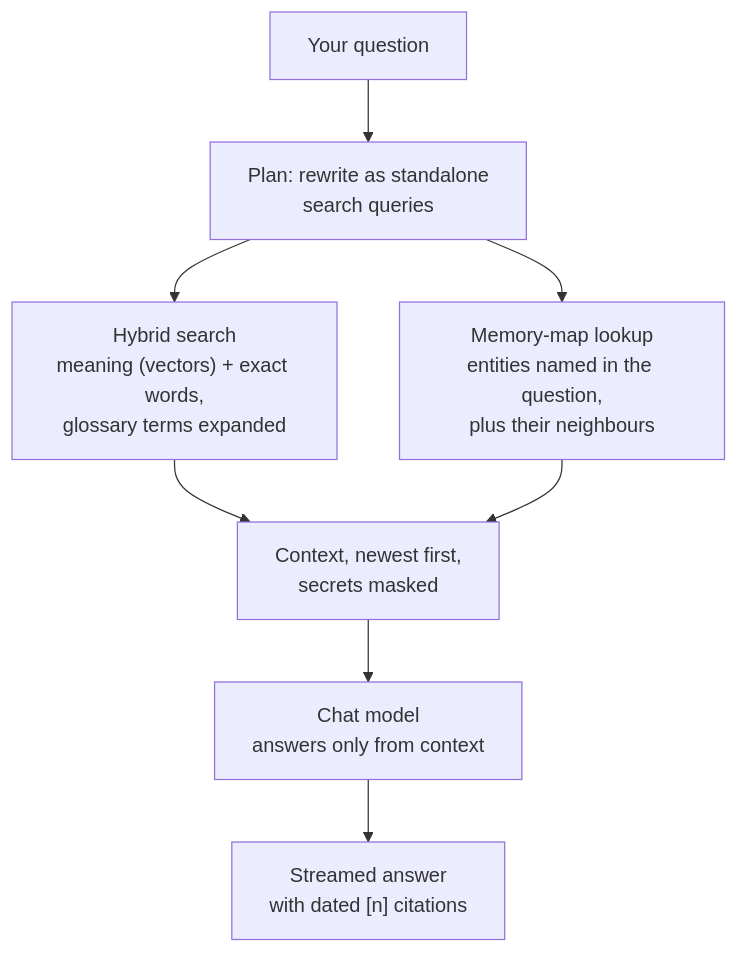
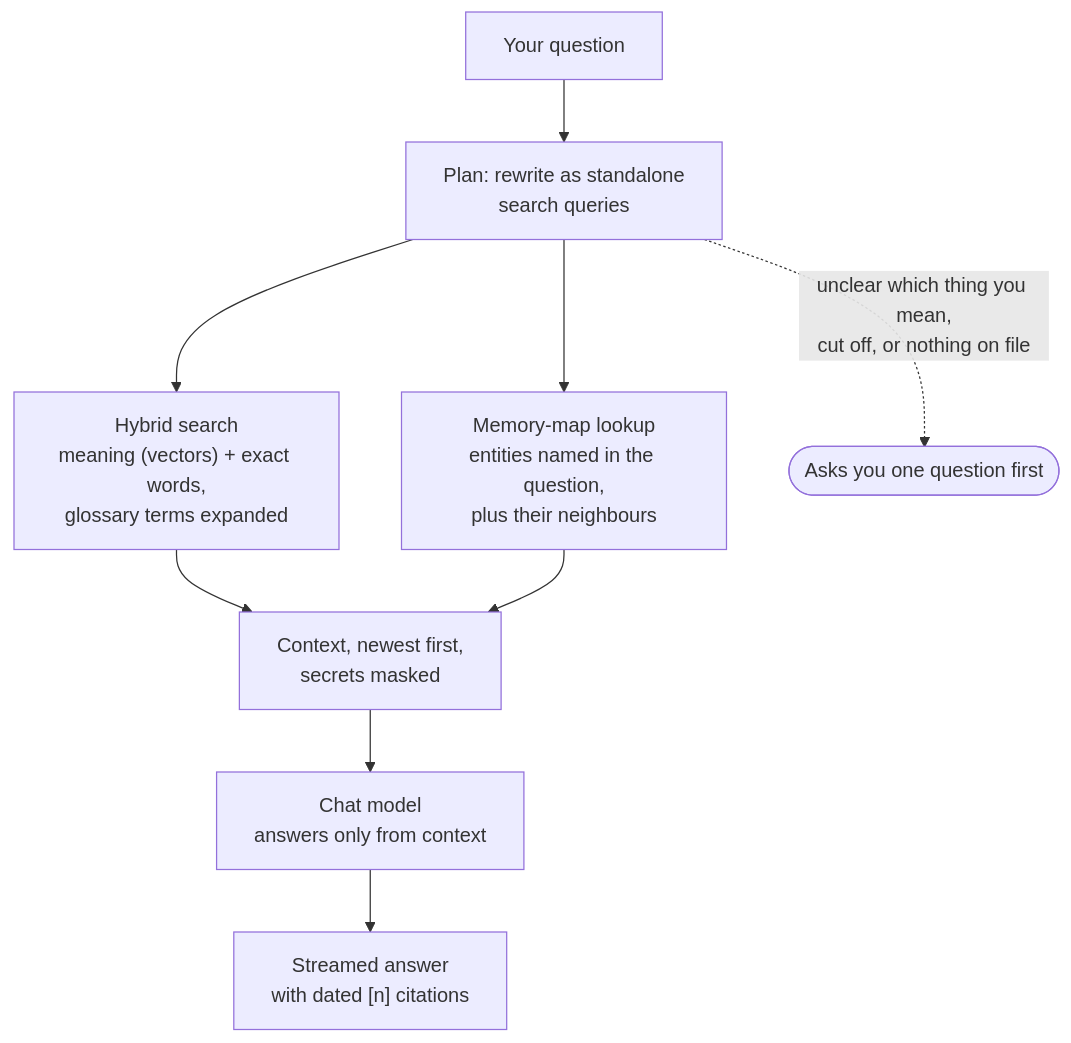
One commit to pluptak/maintenance-handover changed the fourth of 4 diagrams in README.md. Above: the diagram before and after it, drawn with Mermaid. The commit also changed other lines of this file, not shown here.

````diff
--- a/README.md
+++ b/README.md
@@ -165,10 +165,11 @@
 ```mermaid
 flowchart TD
     Q["Your question"] --> P["Plan: rewrite as standalone<br/>search queries"]
     P --> H["Hybrid search<br/>meaning (vectors) + exact words,<br/>glossary terms expanded"]
     P --> W["Memory-map lookup<br/>entities named in the question,<br/>plus their neighbours"]
     H --> X["Context, newest first,<br/>secrets masked"]
     W --> X
     X --> L["Chat model<br/>answers only from context"]
     L --> Y["Streamed answer<br/>with dated [n] citations"]
+    P -. "unclear which thing you mean,<br/>cut off, or nothing on file" .-> C(["Asks you one question first"])
 ```
````
